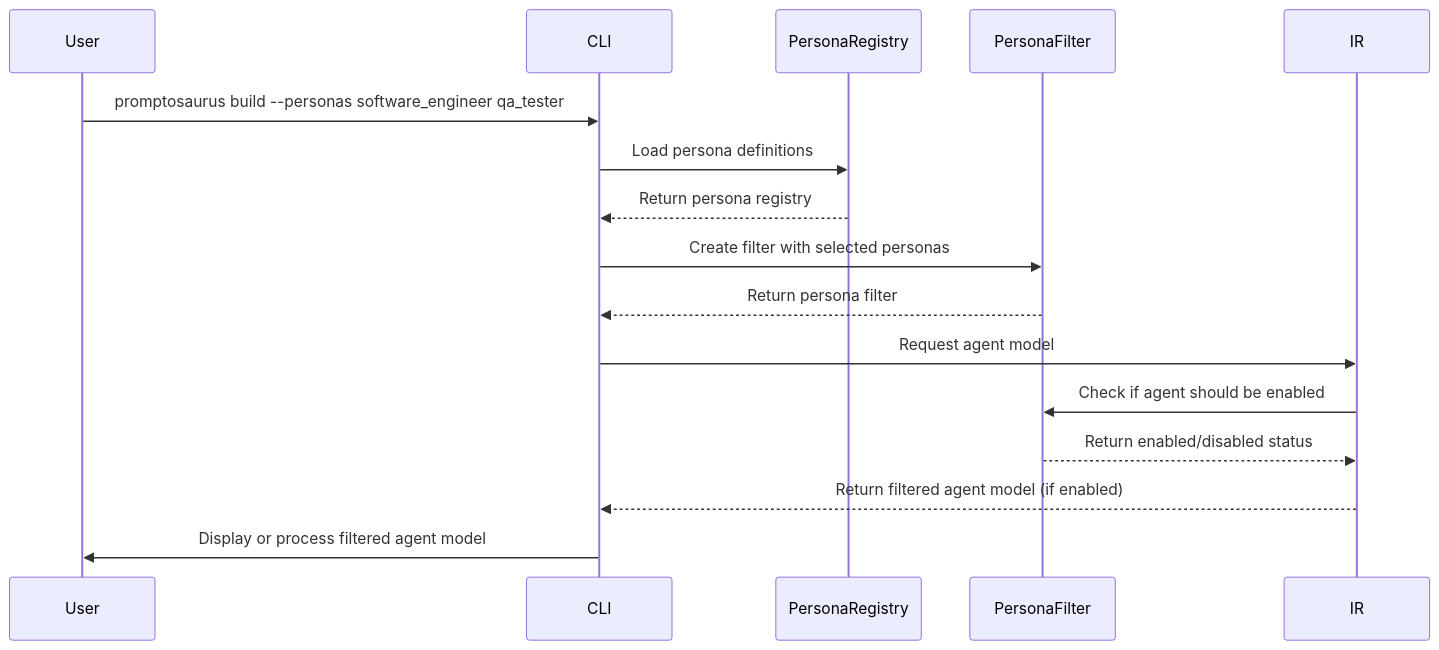
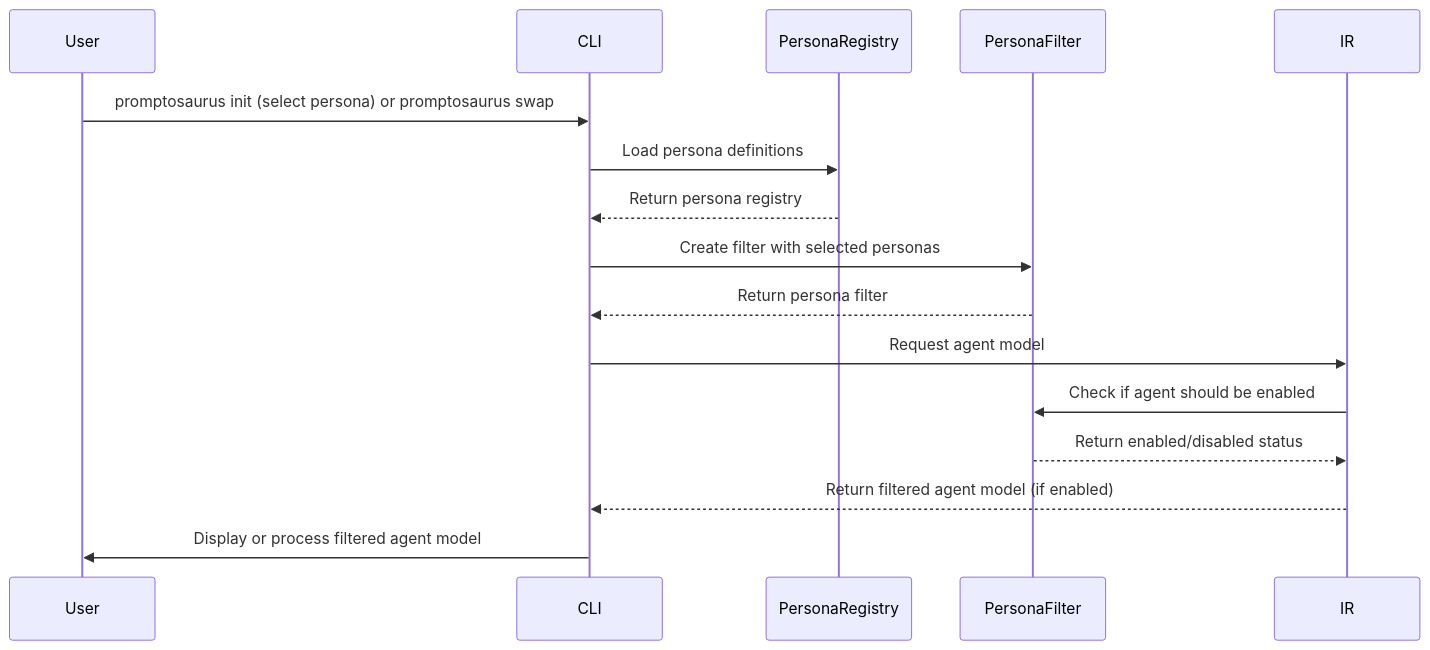
The first of 2 diagrams in docs/components/PERSONA_FILTERING.md (snoodleboot-io/prompticorn), drawn with Mermaid before and after one commit. The commit also changed other lines of this file and 234 other files, not shown here.

````diff
--- a/docs/components/PERSONA_FILTERING.md
+++ b/docs/components/PERSONA_FILTERING.md
@@ -84,19 +91,19 @@
 ```mermaid
 sequenceDiagram
     participant User
     participant CLI
     participant PersonaRegistry
     participant PersonaFilter
     participant IR
     
-    User->>CLI: promptosaurus build --personas software_engineer qa_tester
+    User->>CLI: promptosaurus init (select persona) or promptosaurus swap
     CLI->>PersonaRegistry: Load persona definitions
     PersonaRegistry-->>CLI: Return persona registry
     CLI->>PersonaFilter: Create filter with selected personas
     PersonaFilter-->>CLI: Return persona filter
     CLI->>IR: Request agent model
     IR->>PersonaFilter: Check if agent should be enabled
     PersonaFilter-->>IR: Return enabled/disabled status
     IR-->>CLI: Return filtered agent model (if enabled)
     CLI->>User: Display or process filtered agent model
 ```
````
